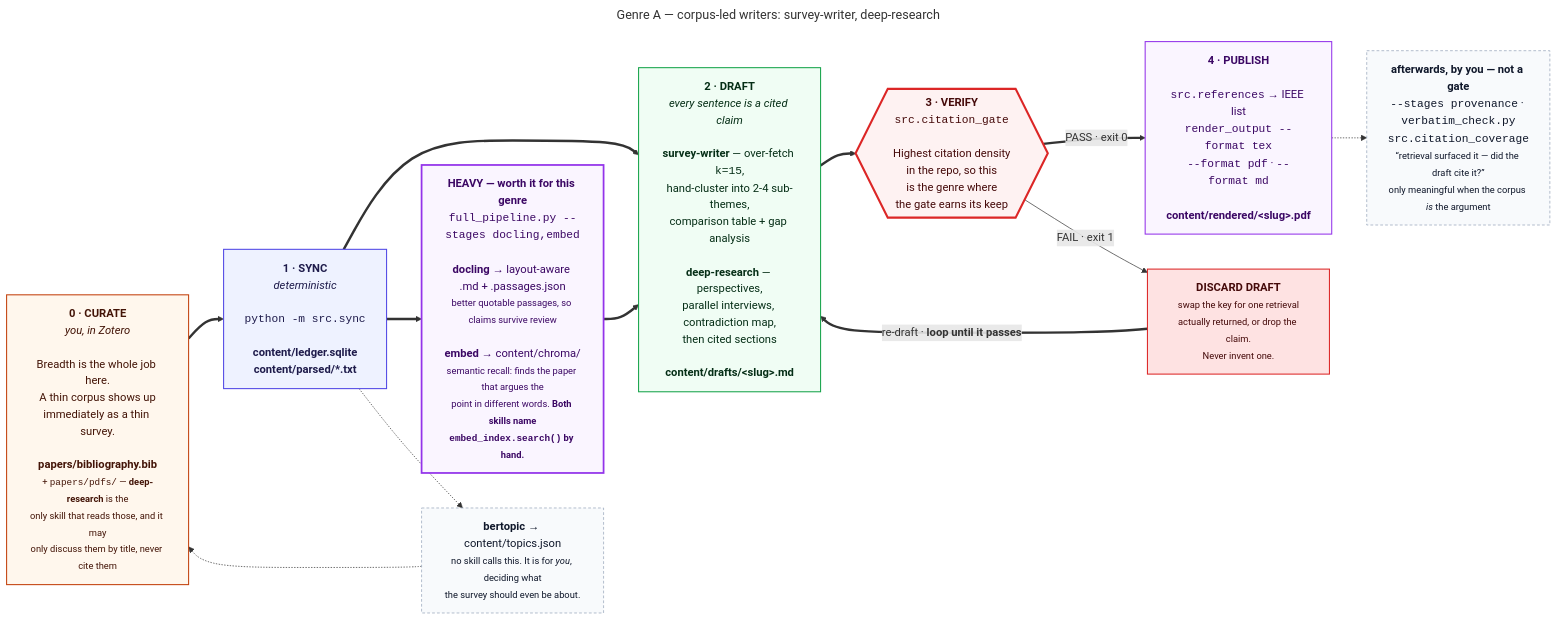
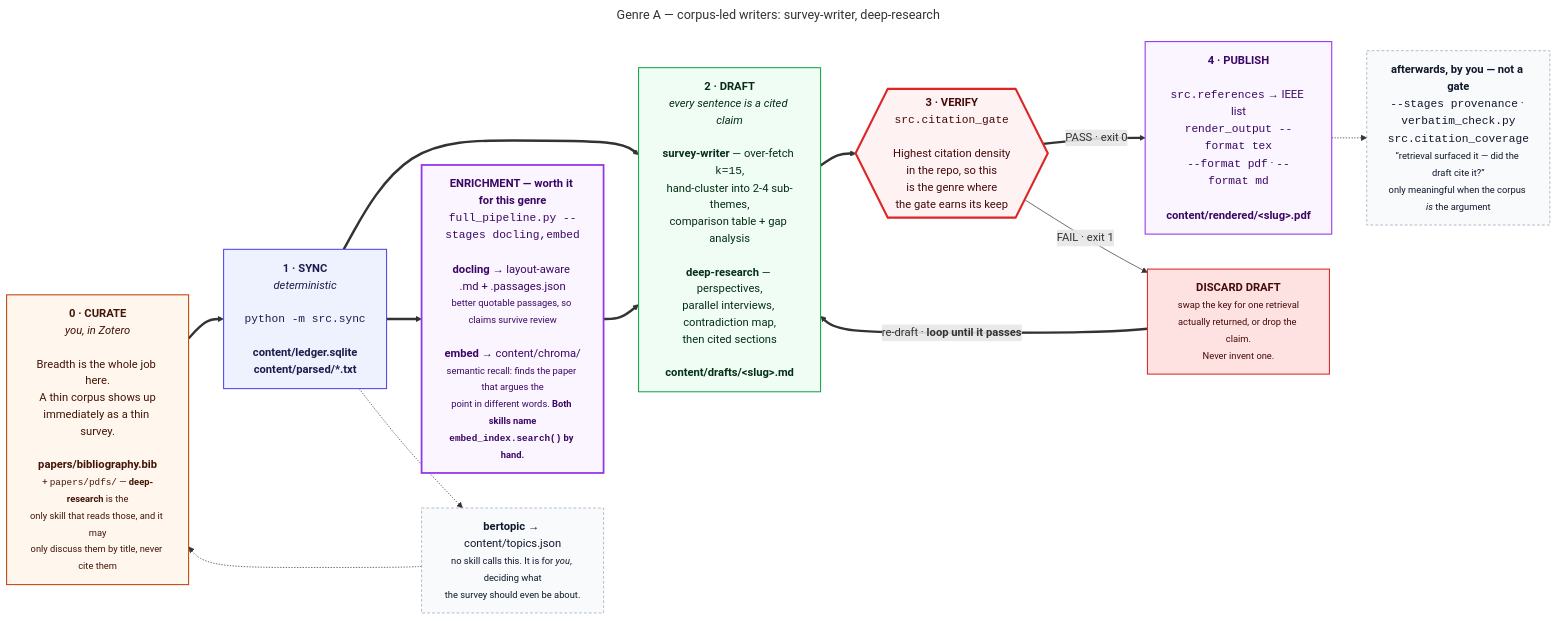
The diagram in docs/diagrams/g1-corpus-led.mmd (prasadtalasila/automated-research), drawn with Mermaid before and after one commit. The commit also changed 20 other files, not shown here.

First line of the commit message:
Regenerate the diagram exports, and put the overview figure in the README

```diff
--- a/docs/diagrams/g1-corpus-led.mmd
+++ b/docs/diagrams/g1-corpus-led.mmd
@@ -1,48 +1,48 @@
 ---
 title: "Genre A — corpus-led writers: survey-writer, deep-research"
 ---
 flowchart LR
 
   P0["<b>0 · CURATE</b><br/><i>you, in Zotero</i><br/><br/>Breadth is the whole job here.<br/>A thin corpus shows up<br/>immediately as a thin survey.<br/><br/><b>papers/bibliography.bib</b><br/><small>+ <code>papers/pdfs/</code> — <b>deep-research</b> is the<br/>only skill that reads those, and it may<br/>only discuss them by title, never cite them</small>"]
 
   P1["<b>1 · SYNC</b><br/><i>deterministic</i><br/><br/><code>python -m src.sync</code><br/><br/><b>content/ledger.sqlite</b><br/><b>content/parsed/*.txt</b>"]
 
-  HEAVY["<b>HEAVY — worth it for this genre</b><br/><code>full_pipeline.py --stages docling,embed</code><br/><br/><b>docling</b> → layout-aware .md + .passages.json<br/><small>better quotable passages, so claims survive review</small><br/><br/><b>embed</b> → content/chroma/<br/><small>semantic recall: finds the paper that argues the<br/>point in different words. <b>Both skills name<br/><code>embed_index.search()</code> by hand.</b></small>"]
+  HEAVY["<b>ENRICHMENT — worth it for this genre</b><br/><code>full_pipeline.py --stages docling,embed</code><br/><br/><b>docling</b> → layout-aware .md + .passages.json<br/><small>better quotable passages, so claims survive review</small><br/><br/><b>embed</b> → content/chroma/<br/><small>semantic recall: finds the paper that argues the<br/>point in different words. <b>Both skills name<br/><code>embed_index.search()</code> by hand.</b></small>"]
 
   P2["<b>2 · DRAFT</b><br/><i>every sentence is a cited claim</i><br/><br/><b>survey-writer</b> — over-fetch <code>k=15</code>,<br/>hand-cluster into 2-4 sub-themes,<br/>comparison table + gap analysis<br/><br/><b>deep-research</b> — perspectives,<br/>parallel interviews, contradiction map,<br/>then cited sections<br/><br/><b>content/drafts/&lt;slug&gt;.md</b>"]
 
   P3{{"<b>3 · VERIFY</b><br/><code>src.citation_gate</code><br/><br/>Highest citation density<br/>in the repo, so this<br/>is the genre where<br/>the gate earns its keep"}}
 
   FIX["<b>DISCARD DRAFT</b><br/><small>swap the key for one retrieval<br/>actually returned, or drop the claim.<br/>Never invent one.</small>"]
 
   P4["<b>4 · PUBLISH</b><br/><br/><code>src.references</code> → IEEE list<br/><code>render_output --format tex</code><br/><code>--format pdf</code> · <code>--format md</code><br/><br/><b>content/rendered/&lt;slug&gt;.pdf</b>"]
 
   AID["<b>afterwards, by you — not a gate</b><br/><code>--stages provenance</code> · <code>verbatim_check.py</code><br/><code>src.citation_coverage</code><br/><small>“retrieval surfaced it — did the draft cite it?”<br/>only meaningful when the corpus <i>is</i> the argument</small>"]
 
   BERT["<b>bertopic</b> → content/topics.json<br/><small>no skill calls this. It is for <i>you</i>, deciding what<br/>the survey should even be about.</small>"]
 
   P0 ==> P1 ==> P2 ==> P3
   P1 ==> HEAVY ==> P2
   P3 == "PASS · exit 0" ==> P4
   P3 -- "FAIL · exit 1" --> FIX
   FIX == "re-draft · <b>loop until it passes</b>" ==> P2
   P4 -.-> AID
   P1 -.-> BERT -.-> P0
 
   classDef you fill:#fff7ed,stroke:#c2410c,stroke-width:1.5px,color:#431407
   classDef det fill:#eef2ff,stroke:#4f46e5,stroke-width:1.5px,color:#1e1b4b
   classDef gen fill:#f0fdf4,stroke:#16a34a,stroke-width:1.5px,color:#052e16
   classDef gate fill:#fef2f2,stroke:#dc2626,stroke-width:3px,color:#450a0a
   classDef out fill:#faf5ff,stroke:#9333ea,stroke-width:1.5px,color:#3b0764
   classDef bad fill:#fee2e2,stroke:#dc2626,stroke-width:1.5px,color:#450a0a
   classDef heavy fill:#faf5ff,stroke:#9333ea,stroke-width:2.5px,color:#3b0764
   classDef aid fill:#f8fafc,stroke:#94a3b8,stroke-dasharray:4 3,color:#0f172a
 
   class P0 you
   class P1 det
   class P2 gen
   class P3 gate
   class P4 out
   class FIX bad
   class HEAVY heavy
   class AID,BERT aid
```
